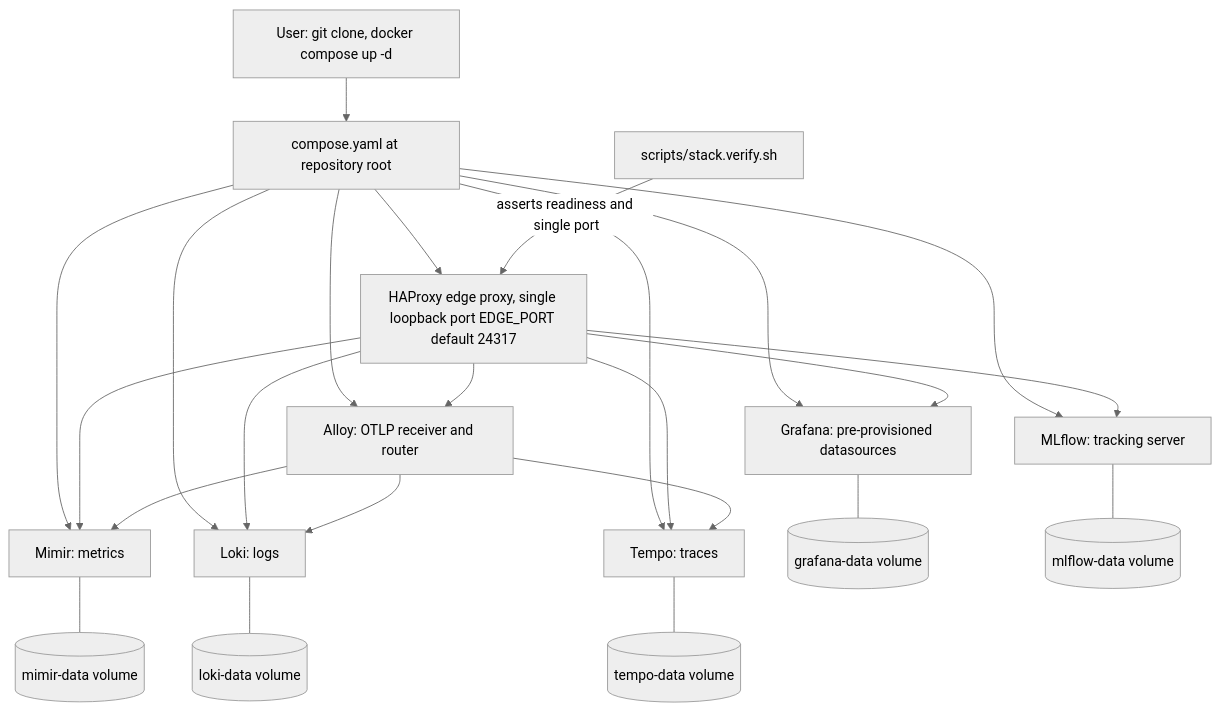
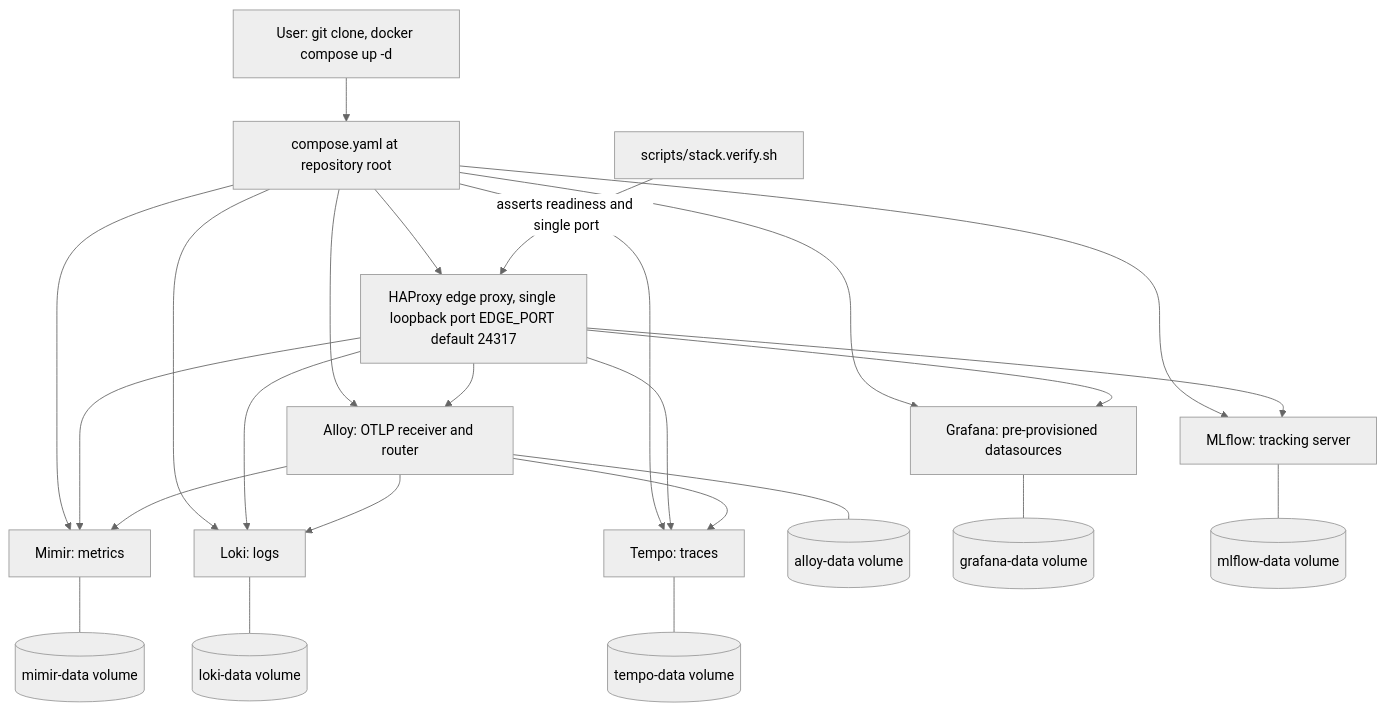
One commit to desek/agent-observability changed the second of 3 diagrams in docs/cr/CR-0001-standalone-observability-stack.md. Above: the diagram before and after it, drawn with Mermaid (neutral theme). The commit also changed other lines of this file, not shown here.

````diff
--- a/docs/cr/CR-0001-standalone-observability-stack.md
+++ b/docs/cr/CR-0001-standalone-observability-stack.md
@@ -114,26 +114,27 @@
 ```mermaid
 flowchart TD
     USER["User: git clone, docker compose up -d"] --> COMPOSE["compose.yaml at repository root"]
     COMPOSE --> HAP["HAProxy edge proxy, single loopback port EDGE_PORT default 24317"]
     COMPOSE --> ALLOY["Alloy: OTLP receiver and router"]
     COMPOSE --> LOKI["Loki: logs"]
     COMPOSE --> MIMIR["Mimir: metrics"]
     COMPOSE --> TEMPO["Tempo: traces"]
     COMPOSE --> GRAFANA["Grafana: pre-provisioned datasources"]
     COMPOSE --> MLFLOW["MLflow: tracking server"]
     HAP --> ALLOY
     HAP --> LOKI
     HAP --> MIMIR
     HAP --> TEMPO
     HAP --> GRAFANA
     HAP --> MLFLOW
     ALLOY --> MIMIR
     ALLOY --> LOKI
     ALLOY --> TEMPO
+    ALLOY --- AV[("alloy-data volume")]
     LOKI --- LV[("loki-data volume")]
     MIMIR --- MV[("mimir-data volume")]
     TEMPO --- TV[("tempo-data volume")]
     GRAFANA --- GV[("grafana-data volume")]
     MLFLOW --- MLV[("mlflow-data volume")]
     VERIFY["scripts/stack.verify.sh"] -->|"asserts readiness and single port"| HAP
 ```
````
